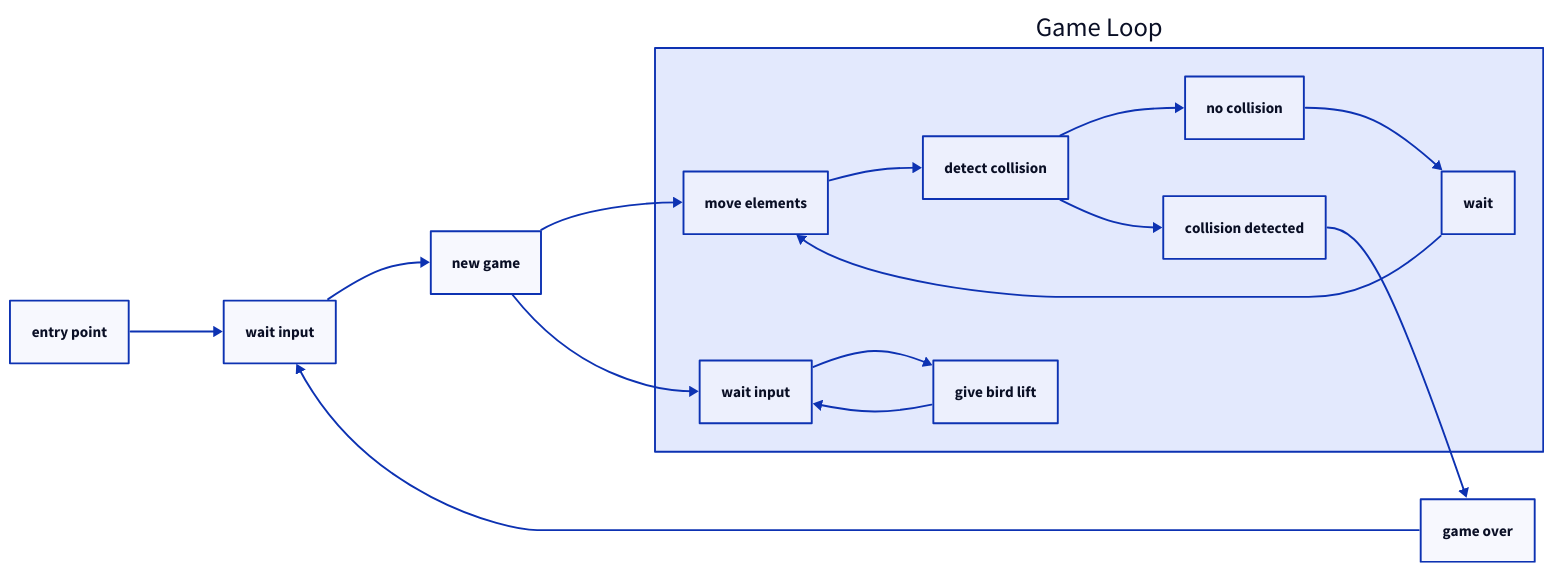
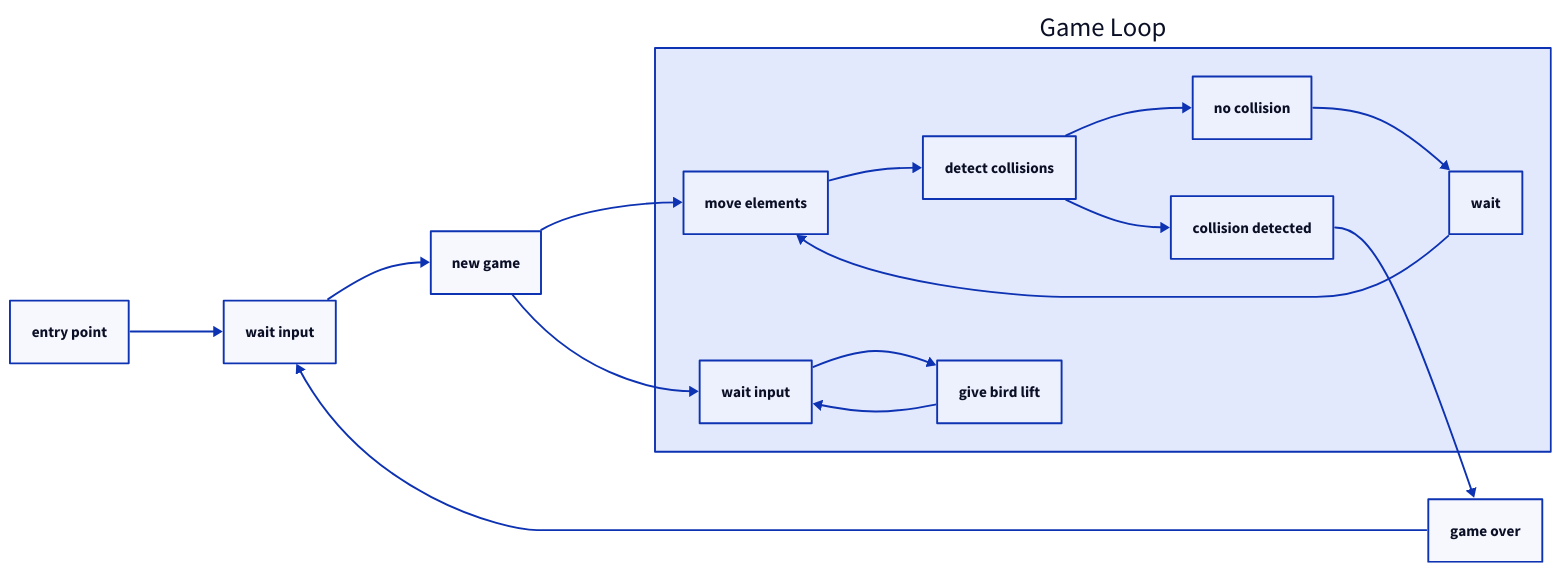
Before and after one commit to nhooyr/flappybird: the diagram in pres/game-loop.d2, drawn with D2. The commit also changed 5 other files, not shown here.

```diff
--- a/pres/game-loop.d2
+++ b/pres/game-loop.d2
@@ -1,17 +1,17 @@
 # This game loop is a simplified overview and inaccurate of the details of
 # the actual game loop.
 
 direction: right
 entry point -> wait input -> new game
 new game -> Game Loop.move elements
 new game -> Game Loop.wait input
 
 Game Loop: {
-  move elements -> detect collision
-  detect collision -> no collision -> wait -> move elements
-  detect collision -> collision detected -> _.game over
+  move elements -> detect collisions
+  detect collisions -> no collision -> wait -> move elements
+  detect collisions -> collision detected -> _.game over
 
   wait input -> give bird lift -> wait input
 }
 
 game over -> wait input
```
